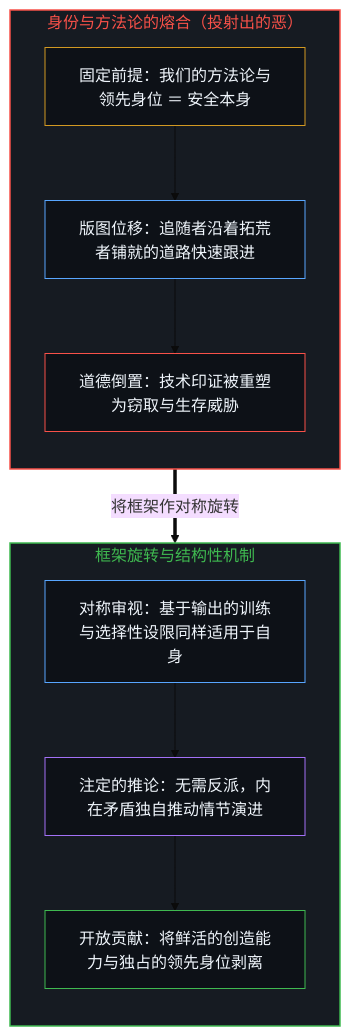
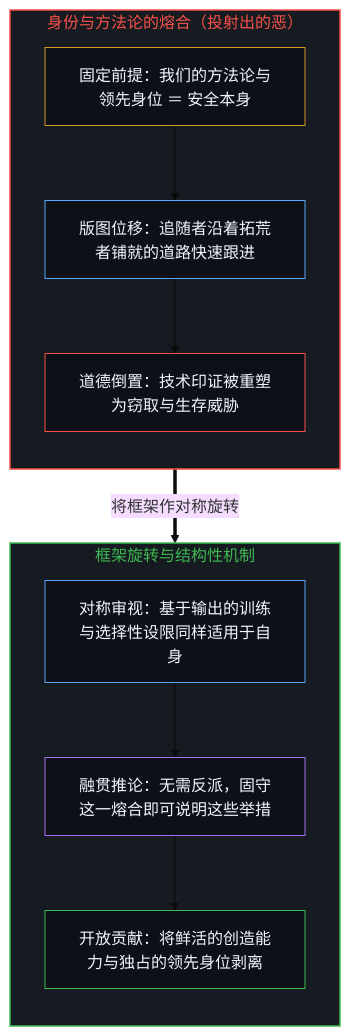
The first of 2 diagrams in content/posts/evil-as-projected-resistance.md (powerpig99/not-a-toe), drawn with Mermaid (base theme) before and after one commit. The commit also changed other lines of this file and 3 other files, not shown here.

````diff
--- a/content/posts/evil-as-projected-resistance.md
+++ b/content/posts/evil-as-projected-resistance.md
@@ -29,26 +29,26 @@
 ```mermaid
 flowchart TD
     subgraph S_Fusion["身份与方法论的熔合（投射出的恶）"]
         direction TB
         P_Fix["固定前提：我们的方法论与领先身位 ＝ 安全本身"]
         P_Valid["版图位移：追随者沿着拓荒者铺就的道路快速跟进"]
         P_Invert["道德倒置：技术印证被重塑为窃取与生存威胁"]
         P_Fix --> P_Valid --> P_Invert
     end
     subgraph S_Rotate["框架旋转与结构性机制"]
         direction TB
         R_Sym["对称审视：基于输出的训练与选择性设限同样适用于自身"]
-        R_Mech["注定的推论：无需反派，内在矛盾独自推动情节演进"]
+        R_Mech["融贯推论：无需反派，固守这一熔合即可说明这些举措"]
         R_Contribute["开放贡献：将鲜活的创造能力与独占的领先身位剥离"]
         R_Sym --> R_Mech --> R_Contribute
     end
     P_Invert ==>|"将框架作对称旋转"| R_Sym
     style S_Fusion fill:#161b22,stroke:#f85149,stroke-width:1.5px,color:#f85149
     style S_Rotate fill:#161b22,stroke:#3fb950,stroke-width:1.5px,color:#3fb950
     style P_Fix fill:#0d1117,stroke:#d29922,stroke-width:1px,color:#f0f6fc
     style P_Valid fill:#0d1117,stroke:#58a6ff,stroke-width:1px,color:#f0f6fc
     style P_Invert fill:#0d1117,stroke:#f85149,stroke-width:1px,color:#f0f6fc
     style R_Sym fill:#0d1117,stroke:#58a6ff,stroke-width:1px,color:#f0f6fc
     style R_Mech fill:#0d1117,stroke:#a371f7,stroke-width:1px,color:#f0f6fc
     style R_Contribute fill:#0d1117,stroke:#3fb950,stroke-width:1px,color:#f0f6fc
 ```
````
